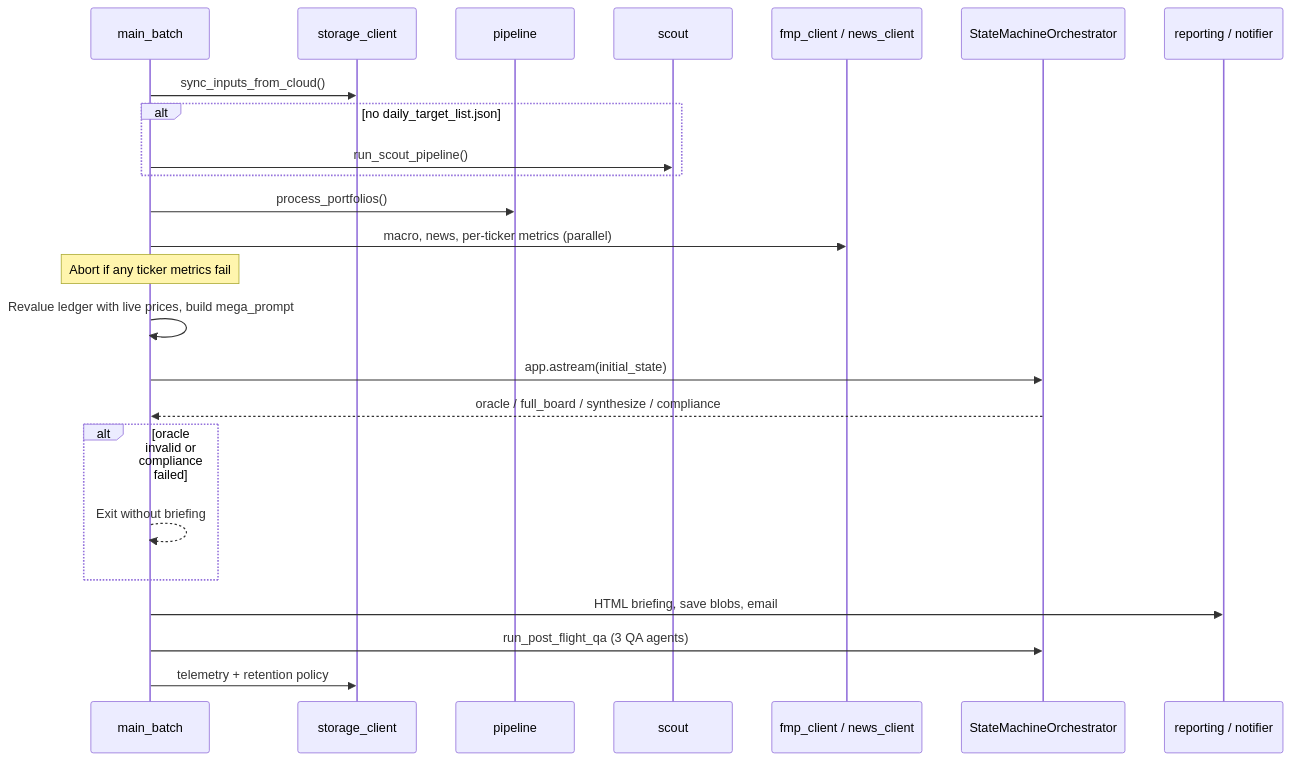
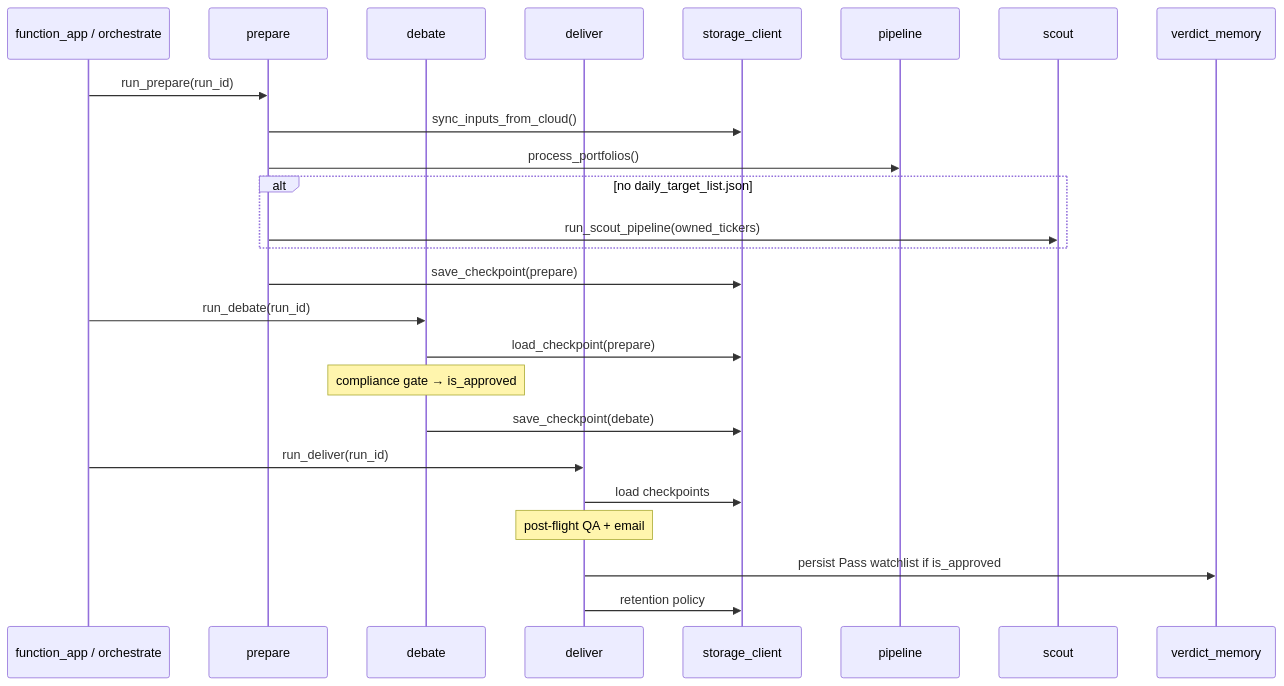
One commit to stanchernov-ai/invest changed the second of 4 diagrams in docs/technical_solution.md. Above: the diagram before and after it, drawn with Mermaid. The commit also changed other lines of this file and 15 other files, not shown here.

First line of the commit message:
Harden QA integrity auditor and ship verdict memory P1.

````diff
--- a/docs/technical_solution.md
+++ b/docs/technical_solution.md
@@ -124,27 +129,28 @@
 ```mermaid
 sequenceDiagram
-    participant M as main_batch
+    participant FA as function_app / orchestrate
+    participant PREP as prepare
+    participant DEB as debate
+    participant DEL as deliver
     participant S as storage_client
     participant P as pipeline
     participant SC as scout
-    participant FMP as fmp_client / news_client
-    participant E as StateMachineOrchestrator
-    participant R as reporting / notifier
+    participant VM as verdict_memory
 
-    M->>S: sync_inputs_from_cloud()
+    FA->>PREP: run_prepare(run_id)
+    PREP->>S: sync_inputs_from_cloud()
+    PREP->>P: process_portfolios()
     alt no daily_target_list.json
-        M->>SC: run_scout_pipeline()
+        PREP->>SC: run_scout_pipeline(owned_tickers)
     end
-    M->>P: process_portfolios()
-    M->>FMP: macro, news, per-ticker metrics (parallel)
-    Note over M: Abort if any ticker metrics fail
-    M->>M: Revalue ledger with live prices, build mega_prompt
-    M->>E: app.astream(initial_state)
-    E-->>M: oracle / full_board / synthesize / compliance
-    alt oracle invalid or compliance failed
-        M-->>M: Exit without briefing
-    end
-    M->>R: HTML briefing, save blobs, email
-    M->>E: run_post_flight_qa (3 QA agents)
-    M->>S: telemetry + retention policy
+    PREP->>S: save_checkpoint(prepare)
+    FA->>DEB: run_debate(run_id)
+    DEB->>S: load_checkpoint(prepare)
+    Note over DEB: compliance gate → is_approved
+    DEB->>S: save_checkpoint(debate)
+    FA->>DEL: run_deliver(run_id)
+    DEL->>S: load checkpoints
+    Note over DEL: post-flight QA + email
+    DEL->>VM: persist Pass watchlist if is_approved
+    DEL->>S: retention policy
 ```
````
